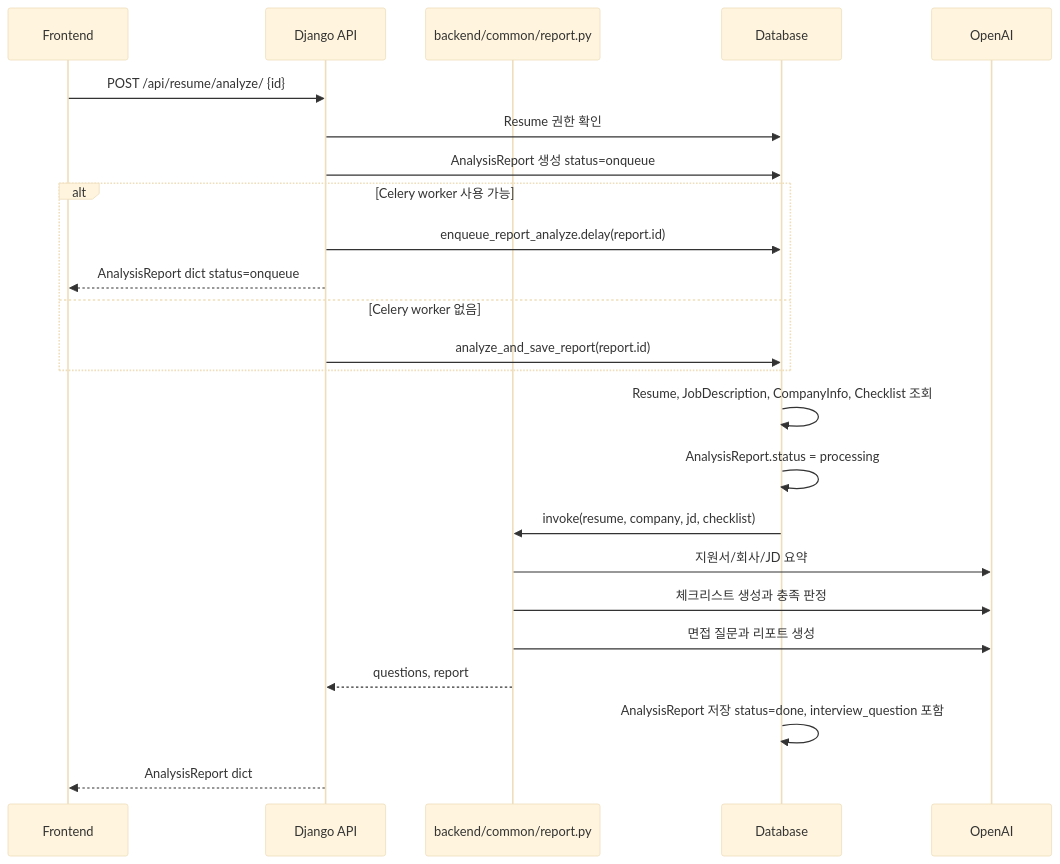
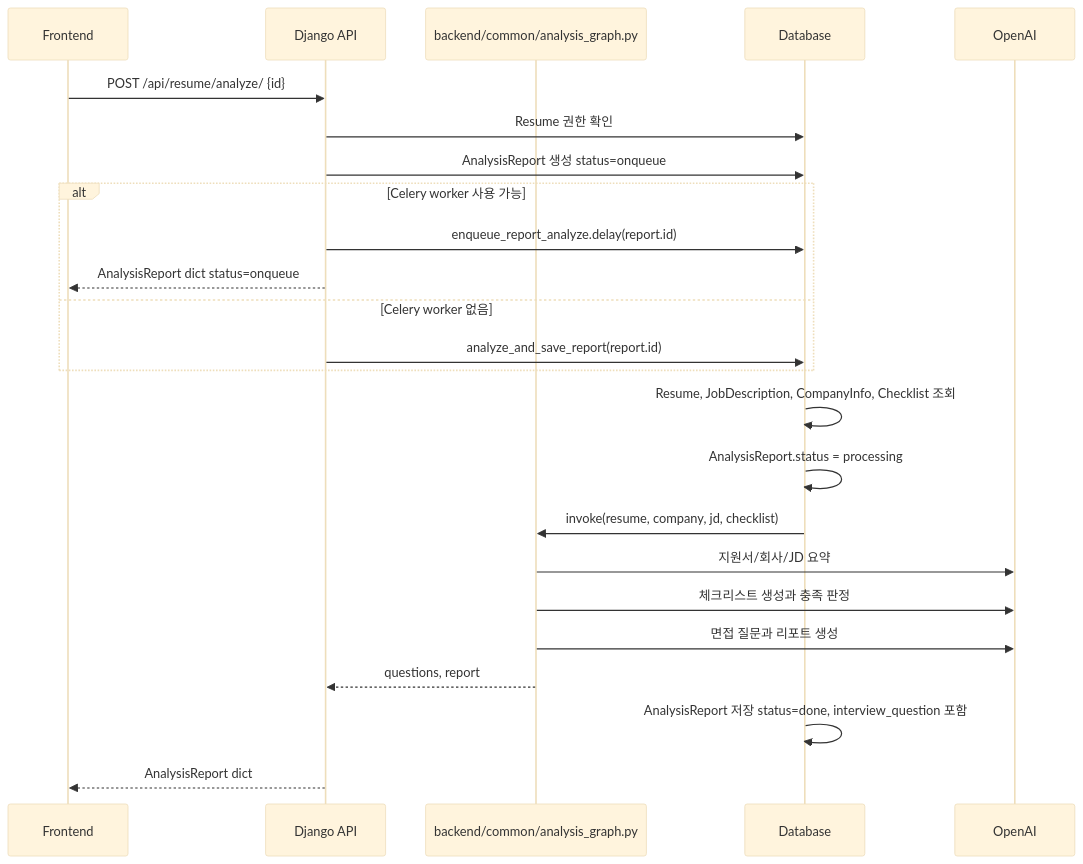
Before and after one commit to SKN26-Final-1st/Final_project: the second of 3 diagrams in docs/02-architecture/data-flow.md, drawn with Mermaid (base theme). The commit also changed other lines of this file and 2 other files, not shown here.

Commit message:
docs(architecture): describe current analysis topology
Replace legacy report module references with the LangGraph, feedback, RunPod, JD chat, and model asset architecture.

````diff
--- a/docs/02-architecture/data-flow.md
+++ b/docs/02-architecture/data-flow.md
@@ -54,27 +54,27 @@
 ```mermaid
 sequenceDiagram
   participant UI as Frontend
   participant API as Django API
-  participant Report as backend/common/report.py
+  participant Report as backend/common/analysis_graph.py
   participant DB as Database
   participant LLM as OpenAI
 
   UI->>API: POST /api/resume/analyze/ {id}
   API->>DB: Resume 권한 확인
   API->>DB: AnalysisReport 생성 status=onqueue
   alt Celery worker 사용 가능
     API->>DB: enqueue_report_analyze.delay(report.id)
     API-->>UI: AnalysisReport dict status=onqueue
   else Celery worker 없음
     API->>DB: analyze_and_save_report(report.id)
   end
   DB->>DB: Resume, JobDescription, CompanyInfo, Checklist 조회
   DB->>DB: AnalysisReport.status = processing
   DB->>Report: invoke(resume, company, jd, checklist)
   Report->>LLM: 지원서/회사/JD 요약
   Report->>LLM: 체크리스트 생성과 충족 판정
   Report->>LLM: 면접 질문과 리포트 생성
   Report-->>API: questions, report
   DB->>DB: AnalysisReport 저장 status=done, interview_question 포함
   API-->>UI: AnalysisReport dict
 ```
````
